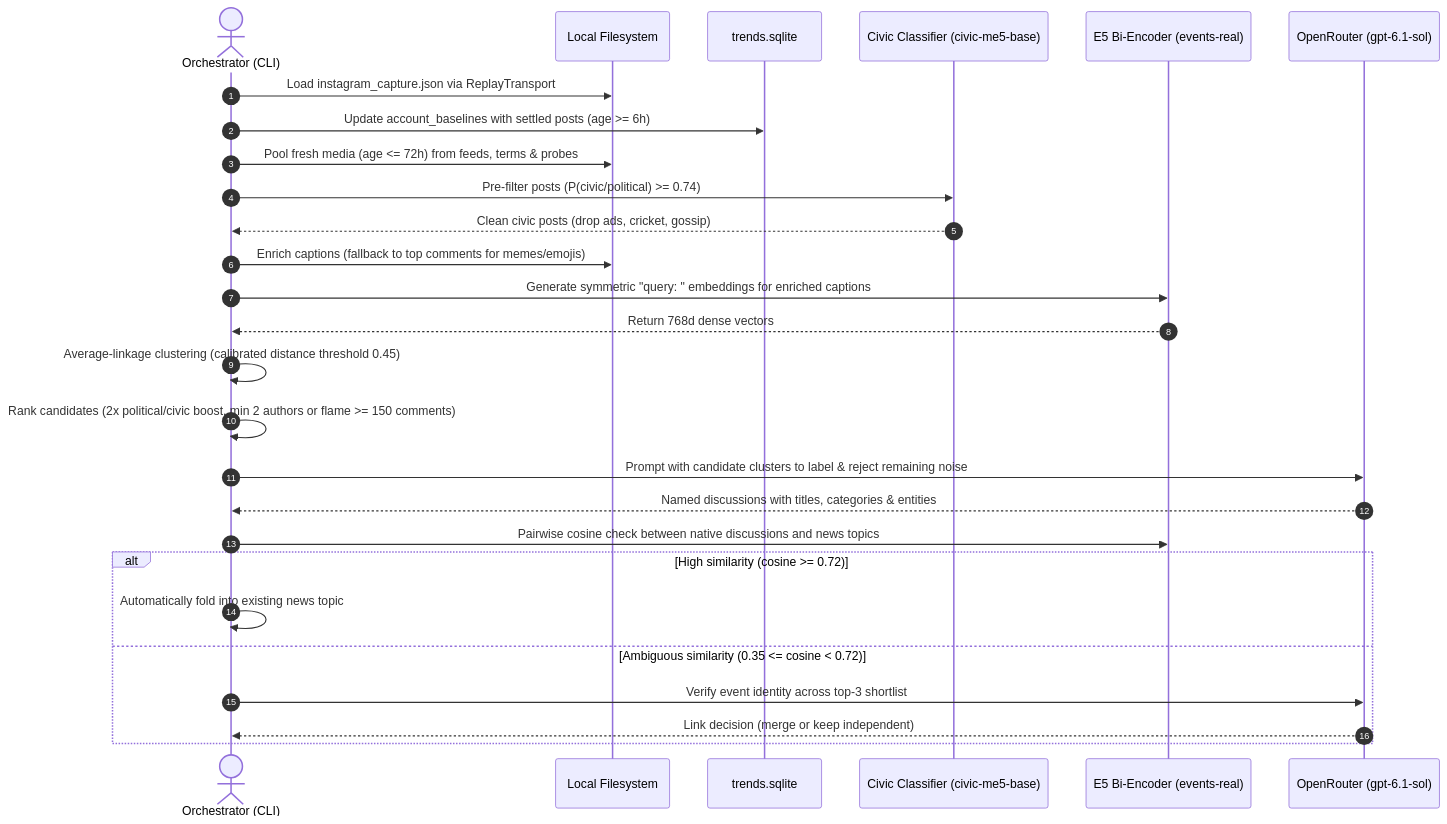
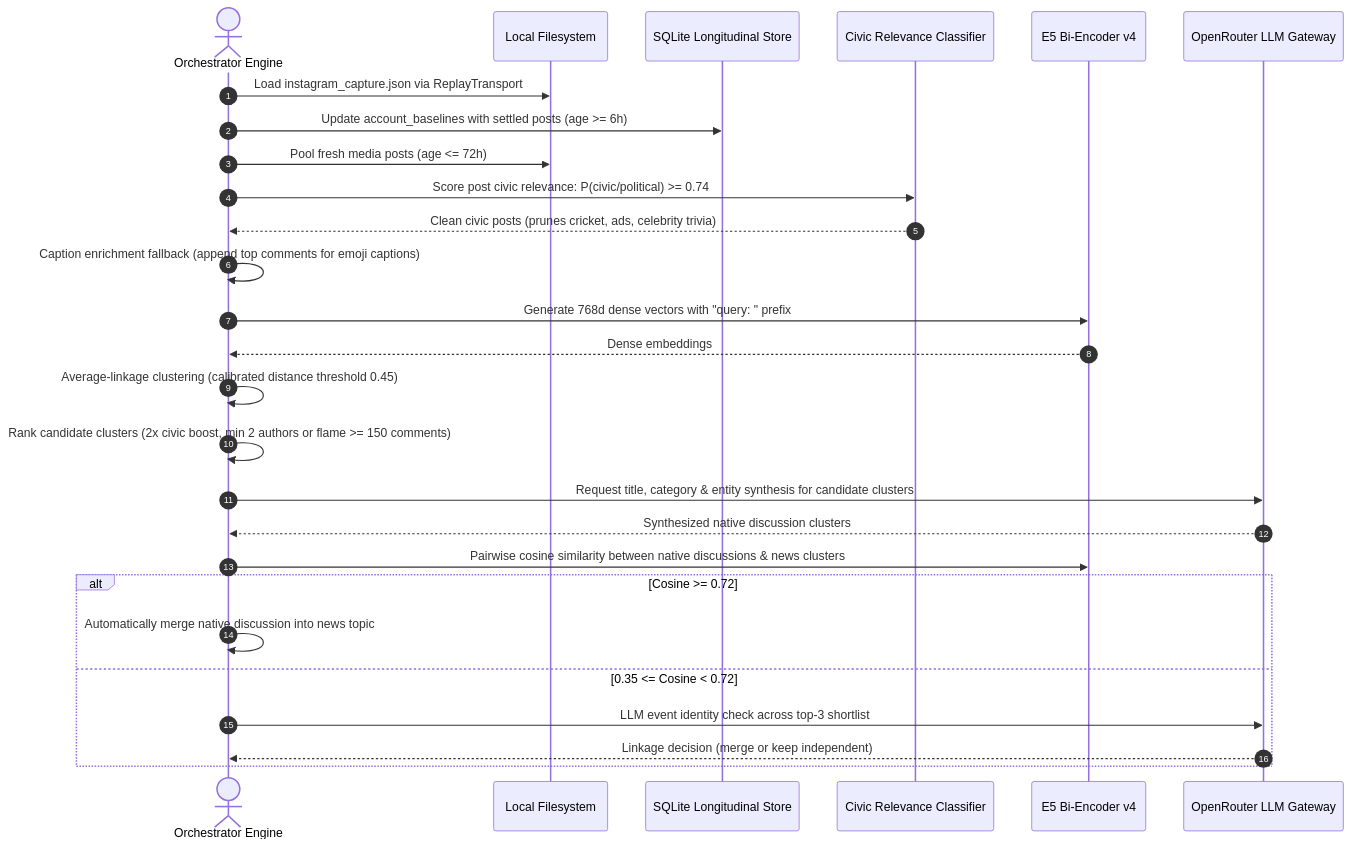
Diagram 16 of 18 in docs/ARCHITECTURE.md (shankha06/identify-what-matters), drawn with Mermaid before and after one commit. The commit also changed other lines of this file and 21 other files, not shown here.

````diff
--- a/docs/ARCHITECTURE.md
+++ b/docs/ARCHITECTURE.md
@@ -534,30 +758,30 @@
 ```mermaid
 sequenceDiagram
     autonumber
-    actor CLI as Orchestrator (CLI)
+    actor CLI as Orchestrator Engine
     participant FS as Local Filesystem
-    participant DB as trends.sqlite
-    participant CIV as Civic Classifier (civic-me5-base)
-    participant E5 as E5 Bi-Encoder (events-real)
-    participant LLM as OpenRouter (gpt-6.1-sol)
+    participant DB as SQLite Longitudinal Store
+    participant CIV as Civic Relevance Classifier
+    participant E5 as E5 Bi-Encoder v4
+    participant OR as OpenRouter LLM Gateway
 
     CLI->>FS: Load instagram_capture.json via ReplayTransport
     CLI->>DB: Update account_baselines with settled posts (age >= 6h)
-    CLI->>FS: Pool fresh media (age <= 72h) from feeds, terms & probes
-    CLI->>CIV: Pre-filter posts (P(civic/political) >= 0.74)
-    CIV-->>CLI: Clean civic posts (drop ads, cricket, gossip)
-    CLI->>FS: Enrich captions (fallback to top comments for memes/emojis)
-    CLI->>E5: Generate symmetric "query: " embeddings for enriched captions
-    E5-->>CLI: Return 768d dense vectors
+    CLI->>FS: Pool fresh media posts (age <= 72h)
+    CLI->>CIV: Score post civic relevance: P(civic/political) >= 0.74
+    CIV-->>CLI: Clean civic posts (prunes cricket, ads, celebrity trivia)
+    CLI->>CLI: Caption enrichment fallback (append top comments for emoji captions)
+    CLI->>E5: Generate 768d dense vectors with "query: " prefix
+    E5-->>CLI: Dense embeddings
     CLI->>CLI: Average-linkage clustering (calibrated distance threshold 0.45)
-    CLI->>CLI: Rank candidates (2x political/civic boost, min 2 authors or flame >= 150 comments)
-    CLI->>LLM: Prompt with candidate clusters to label & reject remaining noise
-    LLM-->>CLI: Named discussions with titles, categories & entities
-    CLI->>E5: Pairwise cosine check between native discussions and news topics
-    alt High similarity (cosine >= 0.72)
-        CLI->>CLI: Automatically fold into existing news topic
-    else Ambiguous similarity (0.35 <= cosine < 0.72)
-        CLI->>LLM: Verify event identity across top-3 shortlist
-        LLM-->>CLI: Link decision (merge or keep independent)
+    CLI->>CLI: Rank candidate clusters (2x civic boost, min 2 authors or flame >= 150 comments)
+    CLI->>OR: Request title, category & entity synthesis for candidate clusters
+    OR-->>CLI: Synthesized native discussion clusters
+    CLI->>E5: Pairwise cosine similarity between native discussions & news clusters
+    alt Cosine >= 0.72
+        CLI->>CLI: Automatically merge native discussion into news topic
+    else 0.35 <= Cosine < 0.72
+        CLI->>OR: LLM event identity check across top-3 shortlist
+        OR-->>CLI: Linkage decision (merge or keep independent)
     end
 ```
````
